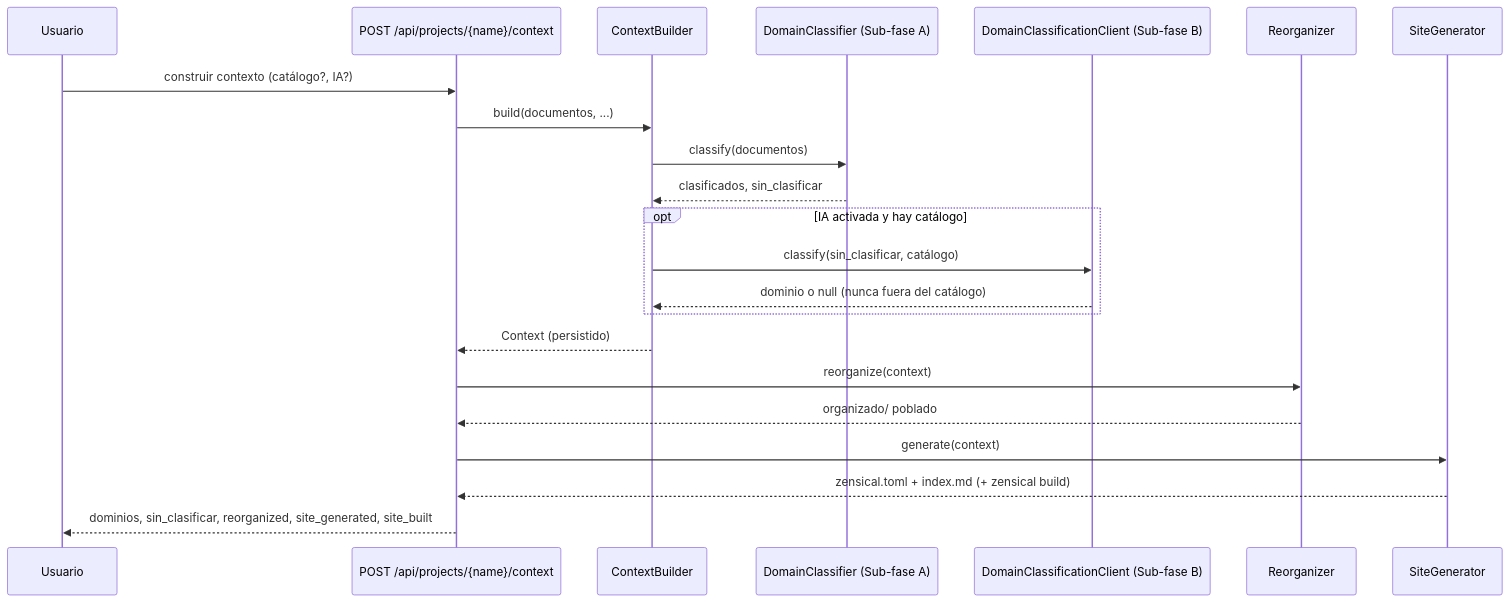
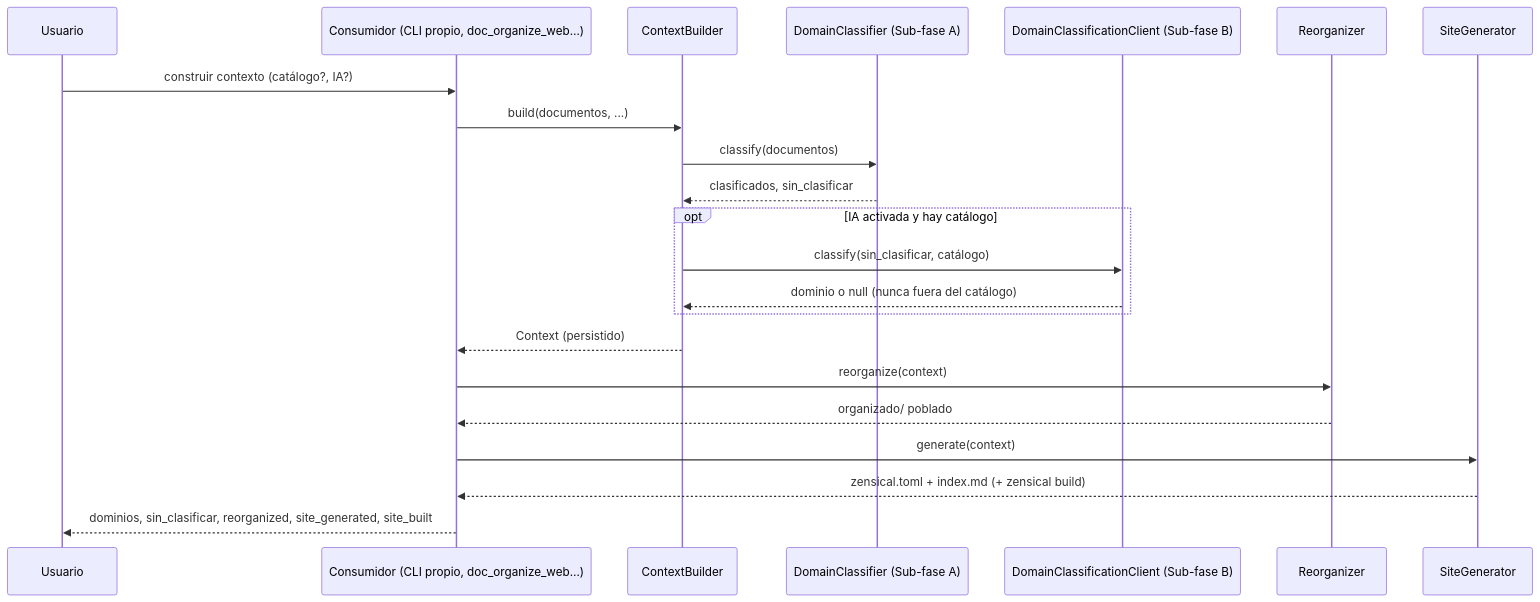
One commit to fmanza/doc_organize changed the diagram in docs/functional/context.md. Above: the diagram before and after it, drawn with Mermaid. The commit also changed other lines of this file and 50 other files, not shown here.

````diff
--- a/docs/functional/context.md
+++ b/docs/functional/context.md
@@ -31,25 +31,25 @@
 ```mermaid
 sequenceDiagram
     participant Usuario
-    participant API as POST /api/projects/{name}/context
+    participant API as Consumidor (CLI propio, doc_organize_web…)
     participant Builder as ContextBuilder
     participant RulesA as DomainClassifier (Sub-fase A)
     participant IA as DomainClassificationClient (Sub-fase B)
     participant Reorg as Reorganizer
     participant Site as SiteGenerator
 
     Usuario->>API: construir contexto (catálogo?, IA?)
     API->>Builder: build(documentos, ...)
     Builder->>RulesA: classify(documentos)
     RulesA-->>Builder: clasificados, sin_clasificar
     opt IA activada y hay catálogo
         Builder->>IA: classify(sin_clasificar, catálogo)
         IA-->>Builder: dominio o null (nunca fuera del catálogo)
     end
     Builder-->>API: Context (persistido)
     API->>Reorg: reorganize(context)
     Reorg-->>API: organizado/ poblado
     API->>Site: generate(context)
     Site-->>API: zensical.toml + index.md (+ zensical build)
     API-->>Usuario: dominios, sin_clasificar, reorganized, site_generated, site_built
 ```
````
